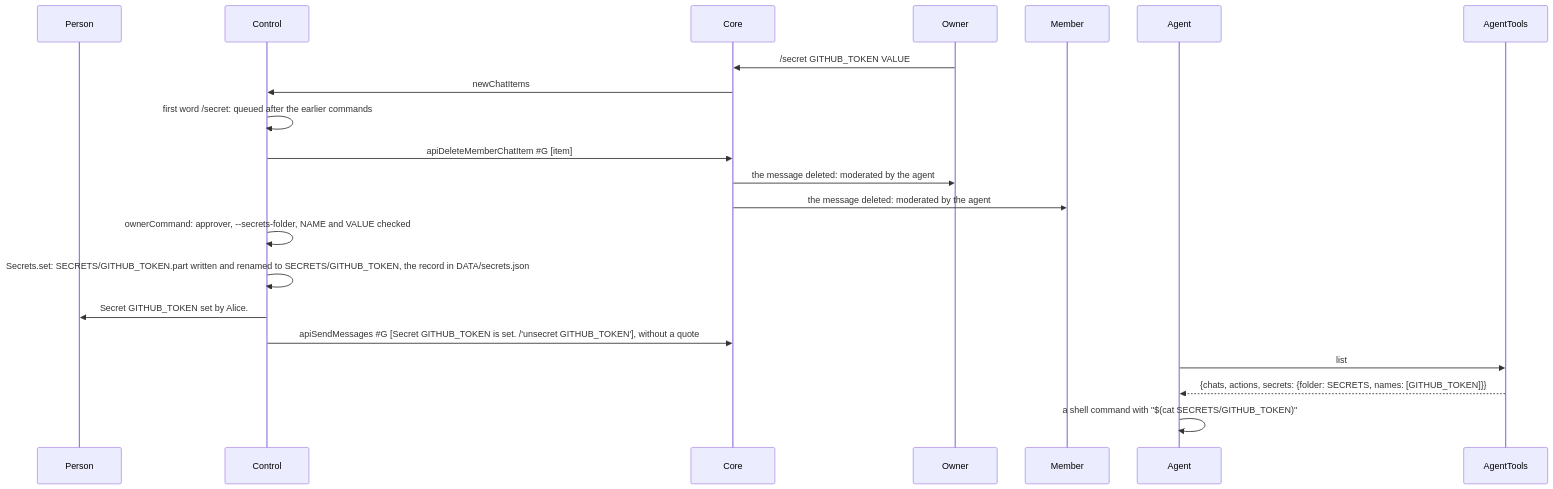
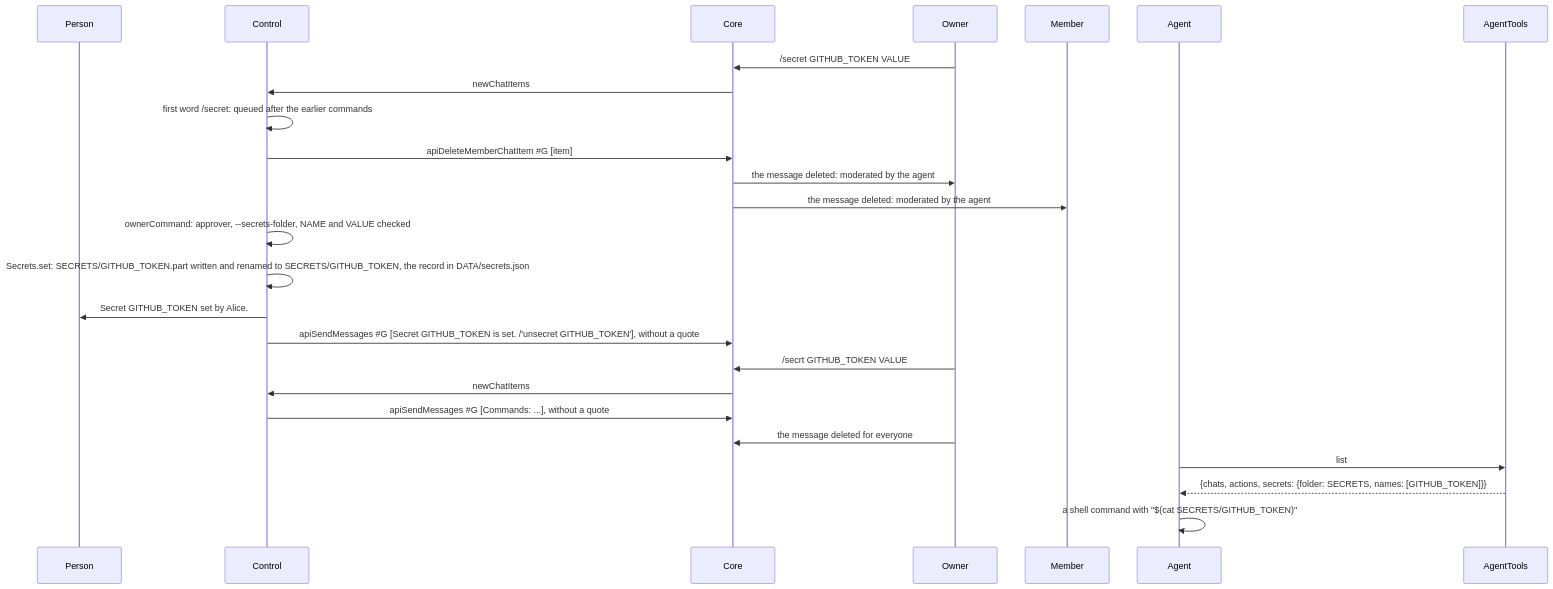
One commit to simplex-chat/simplex-chat changed diagram 32 of 32 in packages/simplex-chat-mcp/spec/flows.md. Above: the diagram before and after it, drawn with Mermaid. The commit also changed other lines of this file and 11 other files, not shown here.

First line of the commit message:
mcp server: answer unknown commands without quoting them

````diff
--- a/packages/simplex-chat-mcp/spec/flows.md
+++ b/packages/simplex-chat-mcp/spec/flows.md
@@ -1457,23 +1457,27 @@
 ```mermaid
 sequenceDiagram
   participant P as Person
   participant K as Control
   participant C as Core
   participant O as Owner
   participant D as Member
   participant A as Agent
   participant T as AgentTools
   O->>C: /secret GITHUB_TOKEN VALUE
   C->>K: newChatItems
   K->>K: first word /secret: queued after the earlier commands
   K->>C: apiDeleteMemberChatItem #35;G [item]
   C->>O: the message deleted: moderated by the agent
   C->>D: the message deleted: moderated by the agent
   K->>K: ownerCommand: approver, --secrets-folder, NAME and VALUE checked
   K->>K: Secrets.set: SECRETS/GITHUB_TOKEN.part written and renamed to SECRETS/GITHUB_TOKEN, the record in DATA/secrets.json
   K->>P: Secret GITHUB_TOKEN set by Alice.
   K->>C: apiSendMessages #35;G [Secret GITHUB_TOKEN is set. /'unsecret GITHUB_TOKEN'], without a quote
+  O->>C: /secrt GITHUB_TOKEN VALUE
+  C->>K: newChatItems
+  K->>C: apiSendMessages #35;G [Commands: ...], without a quote
+  O->>C: the message deleted for everyone
   A->>T: list
   T-->>A: {chats, actions, secrets: {folder: SECRETS, names: [GITHUB_TOKEN]}}
   A->>A: a shell command with "$(cat SECRETS/GITHUB_TOKEN)"
 ```
````
